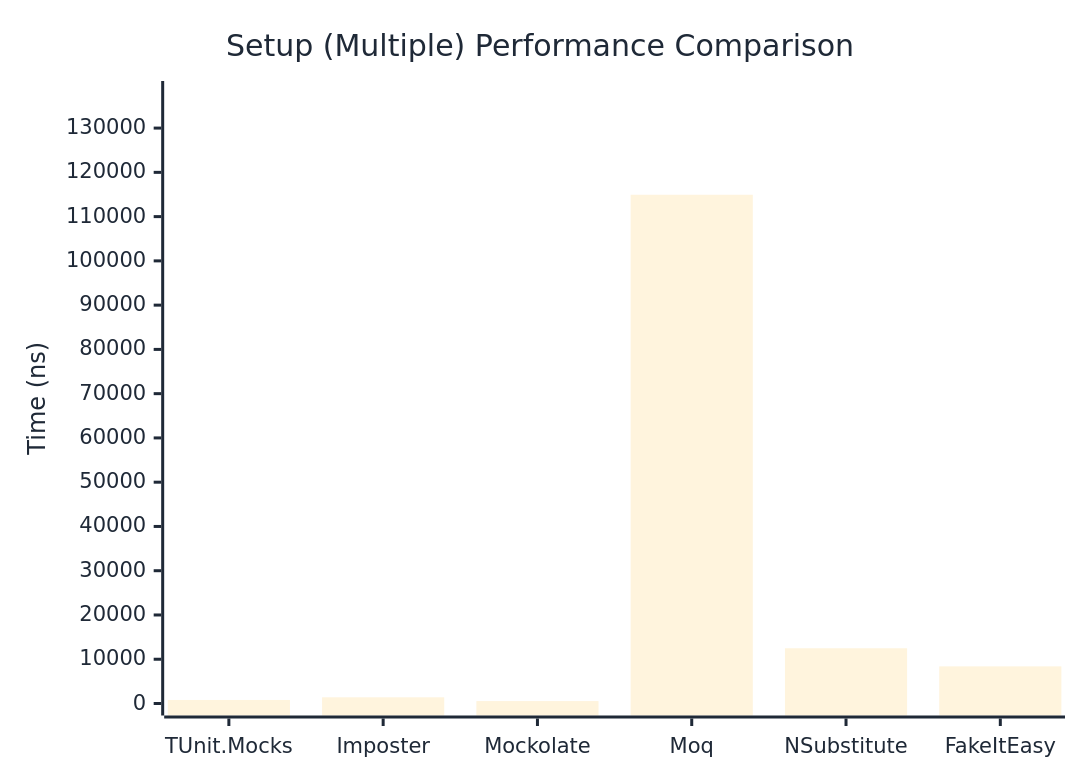
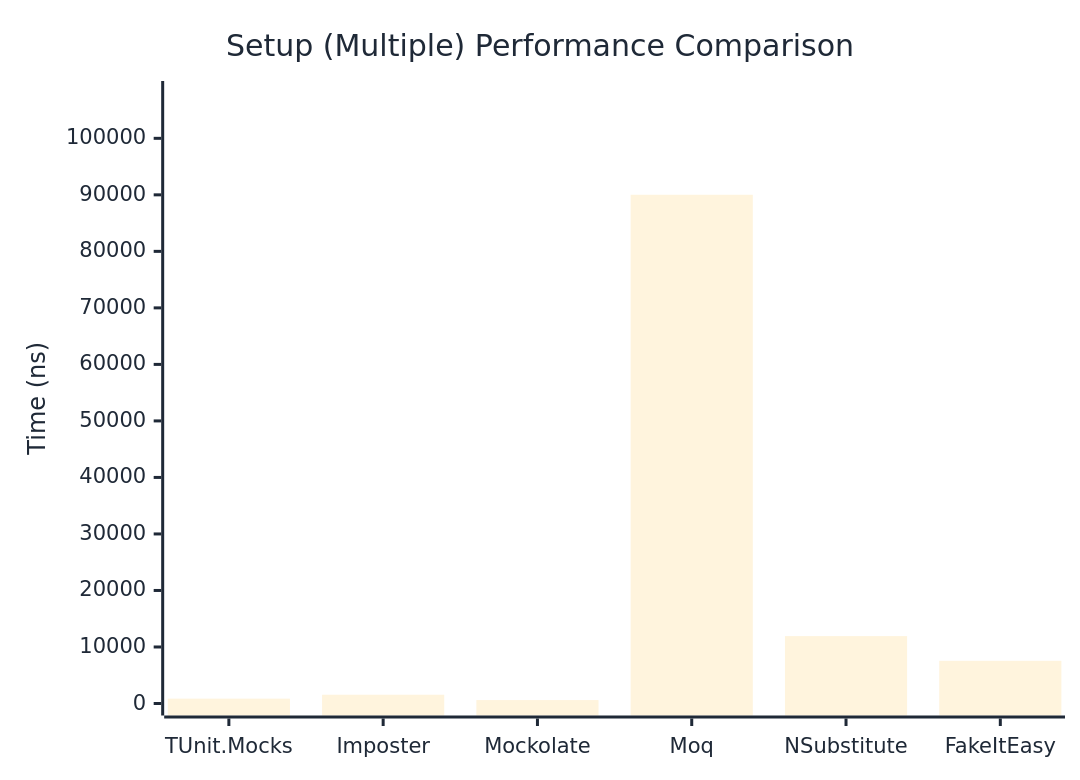
One commit to thomhurst/TUnit changed the second of 2 diagrams in docs/docs/benchmarks/mocks/Setup.md. Above: the diagram before and after it, drawn with Mermaid. The commit also changed other lines of this file and 14 other files, not shown here.

````diff
--- a/docs/docs/benchmarks/mocks/Setup.md
+++ b/docs/docs/benchmarks/mocks/Setup.md
@@ -71,27 +71,27 @@
 ```mermaid
 %%{init: {
   'theme':'base',
   'themeVariables': {
     'primaryColor': '#2563eb',
     'primaryTextColor': '#1f2937',
     'primaryBorderColor': '#1e40af',
     'lineColor': '#6b7280',
     'secondaryColor': '#7c3aed',
     'tertiaryColor': '#dc2626',
     'background': '#ffffff',
     'pie1': '#2563eb',
     'pie2': '#7c3aed',
     'pie3': '#dc2626',
     'pie4': '#f59e0b',
     'pie5': '#10b981',
     'pie6': '#06b6d4',
     'pie7': '#ec4899',
     'pie8': '#6366f1'
   }
 }}%%
 xychart-beta
   title "Setup (Multiple) Performance Comparison"
   x-axis ["TUnit.Mocks", "Imposter", "Mockolate", "Moq", "NSubstitute", "FakeItEasy"]
-  y-axis "Time (ns)" 0 --> 137928
-  bar [798, 1400, 546.6, 114939.6, 12481.2, 8389.3]
+  y-axis "Time (ns)" 0 --> 108020
+  bar [858, 1549, 605.9, 90016, 11925.5, 7554.1]
 ```
````
